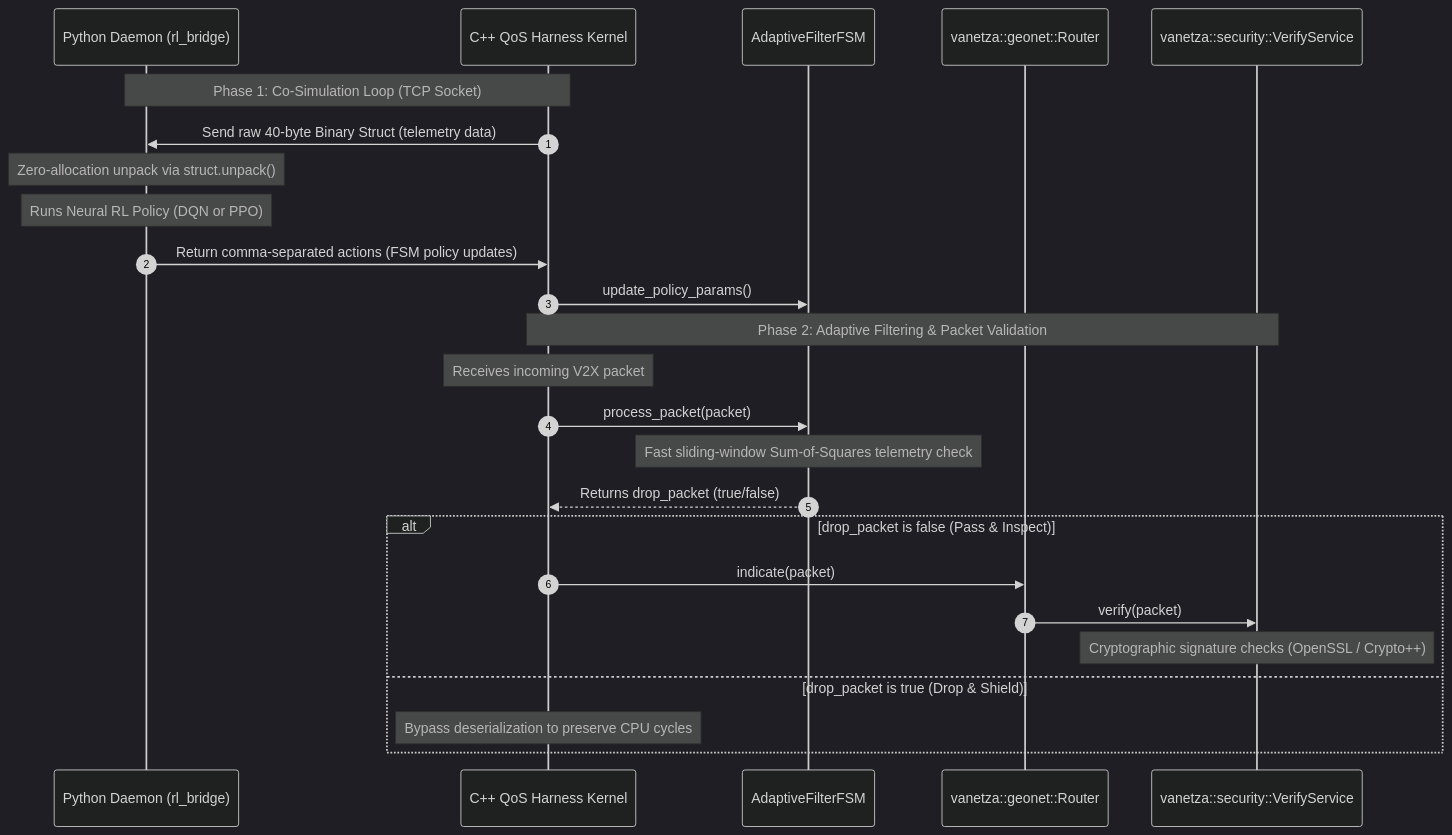
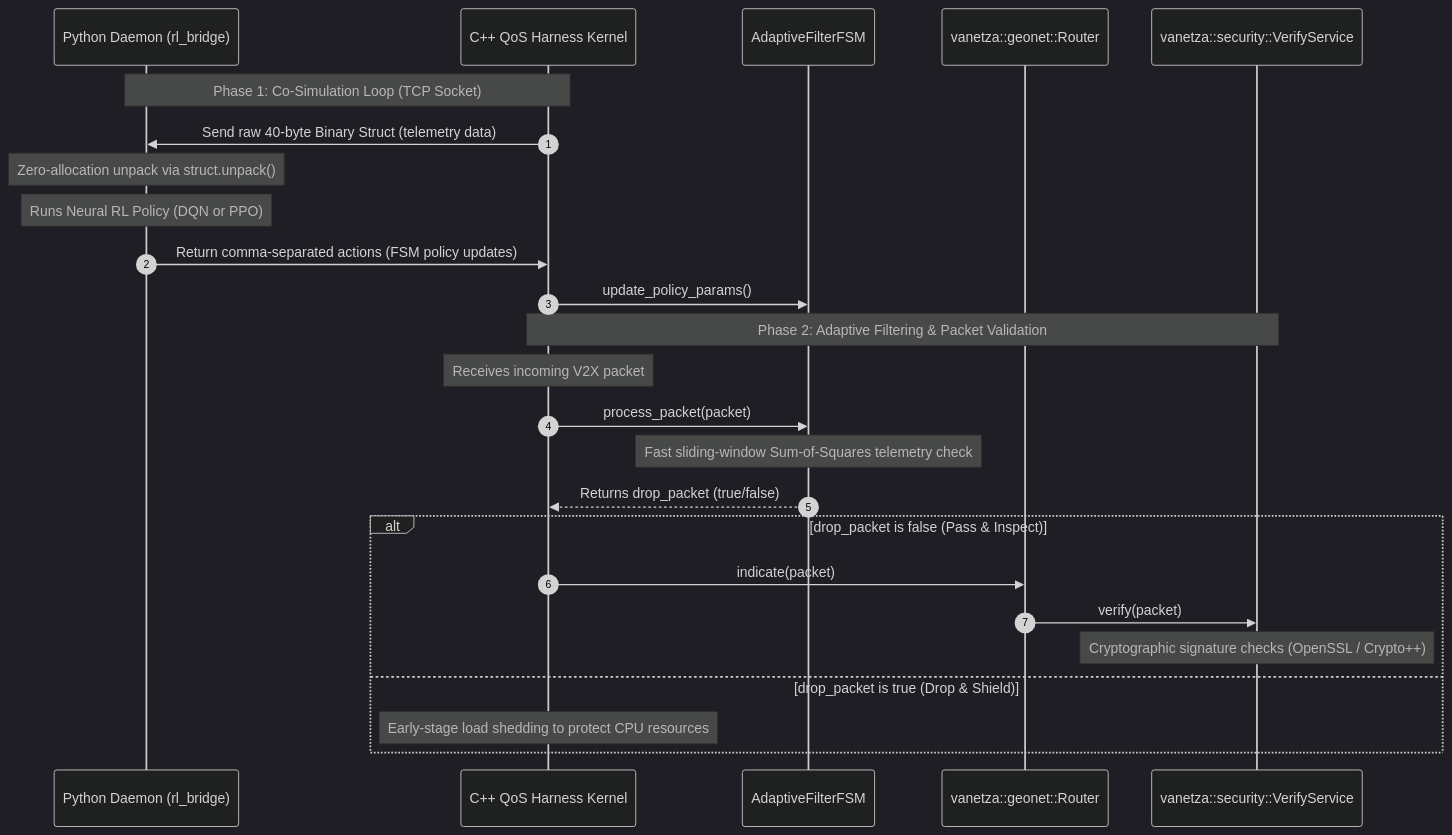
Before and after one commit to tw89Coder/adam-v2x: the second of 5 diagrams in vanetza_unpatched/tools/qos-harness/README.md, drawn with Mermaid (dark theme). The commit also changed 1 other file, not shown here.

Commit message:
docs(qos-harness): document FSM filter, system co-sim, and academic contributions

````diff
--- a/vanetza_unpatched/tools/qos-harness/README.md
+++ b/vanetza_unpatched/tools/qos-harness/README.md
@@ -85,29 +85,29 @@
 ```mermaid
 sequenceDiagram
     autonumber
     participant PY as Python Daemon (rl_bridge)
     participant Harness as C++ QoS Harness Kernel
     participant FSM as AdaptiveFilterFSM
     participant Router as vanetza::geonet::Router
     participant Security as vanetza::security::VerifyService
 
     Note over PY, Harness: Phase 1: Co-Simulation Loop (TCP Socket)
     Harness->>PY: Send raw 40-byte Binary Struct (telemetry data)
     Note over PY: Zero-allocation unpack via struct.unpack()
     Note over PY: Runs Neural RL Policy (DQN or PPO)
     PY->>Harness: Return comma-separated actions (FSM policy updates)
     Harness->>FSM: update_policy_params()
     
     Note over Harness, Security: Phase 2: Adaptive Filtering & Packet Validation
     Note over Harness: Receives incoming V2X packet
     Harness->>FSM: process_packet(packet)
     Note over FSM: Fast sliding-window Sum-of-Squares telemetry check
     FSM-->>Harness: Returns drop_packet (true/false)
     alt drop_packet is false (Pass & Inspect)
         Harness->>Router: indicate(packet)
         Router->>Security: verify(packet)
         Note over Security: Cryptographic signature checks (OpenSSL / Crypto++)
     else drop_packet is true (Drop & Shield)
-        Note over Harness: Bypass deserialization to preserve CPU cycles
+        Note over Harness: Early-stage load shedding to protect CPU resources
     end
 ```
````
